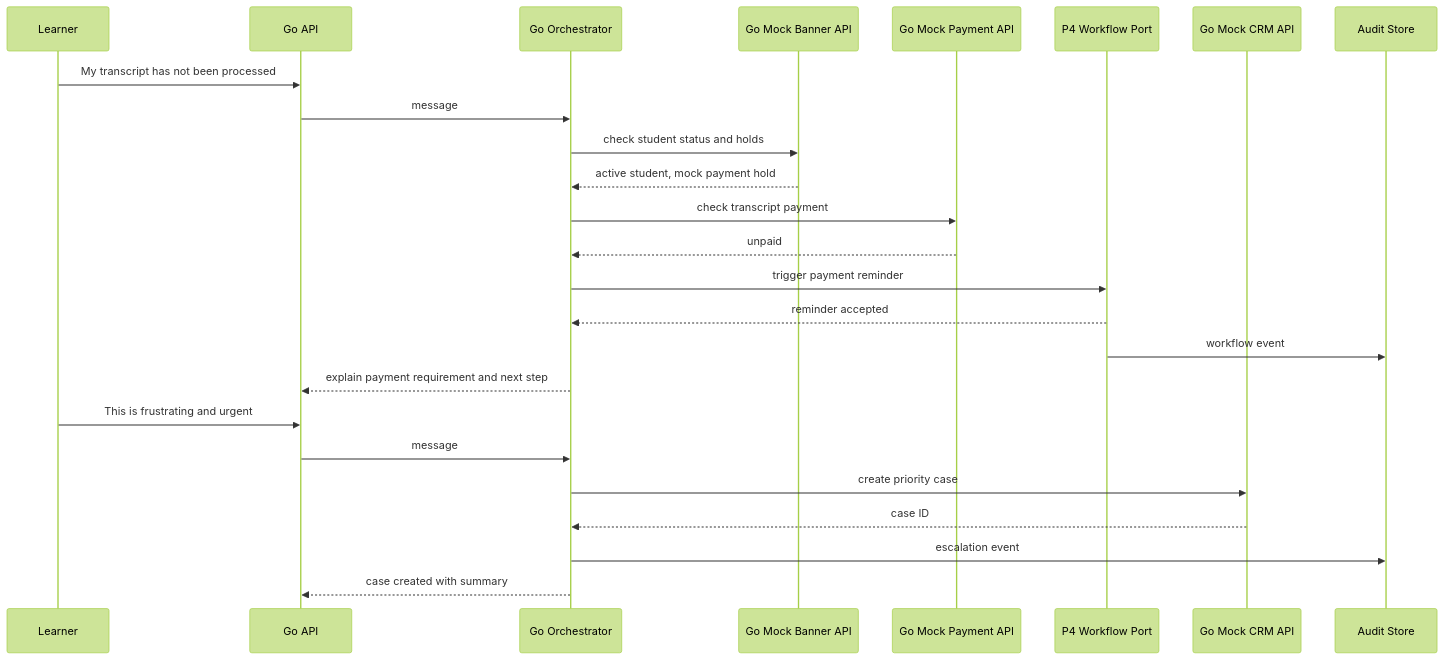
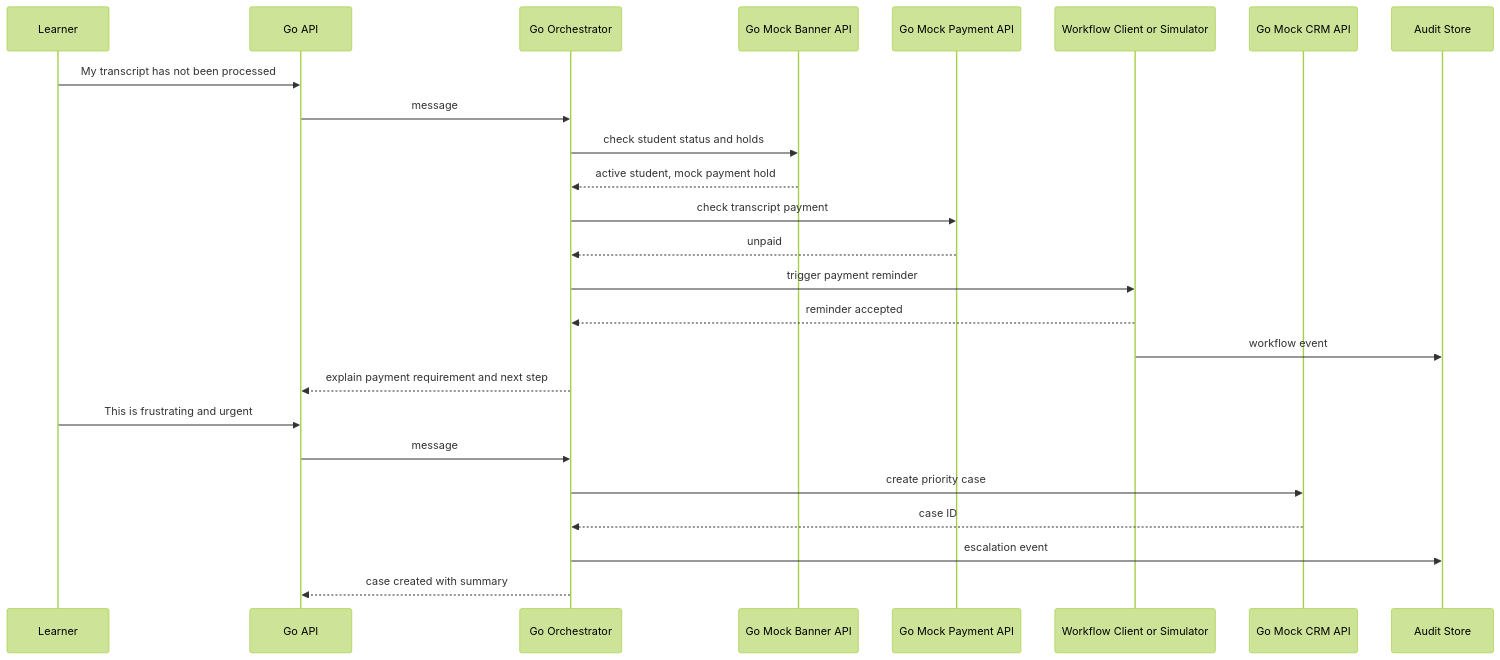
Before and after one commit to alvindcastro/askoc-mvp: the third of 3 diagrams in docs/architecture.md, drawn with Mermaid (forest theme). The commit also changed other lines of this file and 24 other files, not shown here.

Commit message:
feat: implement P8 workflow simulator and webhook automation

````diff
--- a/docs/architecture.md
+++ b/docs/architecture.md
@@ -283,29 +284,29 @@
 ```mermaid
 sequenceDiagram
     participant Learner
     participant API as Go API
     participant Orchestrator as Go Orchestrator
     participant Banner as Go Mock Banner API
     participant Payment as Go Mock Payment API
-    participant Workflow as P4 Workflow Port
+    participant Workflow as Workflow Client or Simulator
     participant CRM as Go Mock CRM API
     participant Audit as Audit Store
 
     Learner->>API: My transcript has not been processed
     API->>Orchestrator: message
     Orchestrator->>Banner: check student status and holds
     Banner-->>Orchestrator: active student, mock payment hold
     Orchestrator->>Payment: check transcript payment
     Payment-->>Orchestrator: unpaid
     Orchestrator->>Workflow: trigger payment reminder
     Workflow-->>Orchestrator: reminder accepted
     Workflow->>Audit: workflow event
     Orchestrator-->>API: explain payment requirement and next step
 
     Learner->>API: This is frustrating and urgent
     API->>Orchestrator: message
     Orchestrator->>CRM: create priority case
     CRM-->>Orchestrator: case ID
     Orchestrator->>Audit: escalation event
     Orchestrator-->>API: case created with summary
 ```
````
